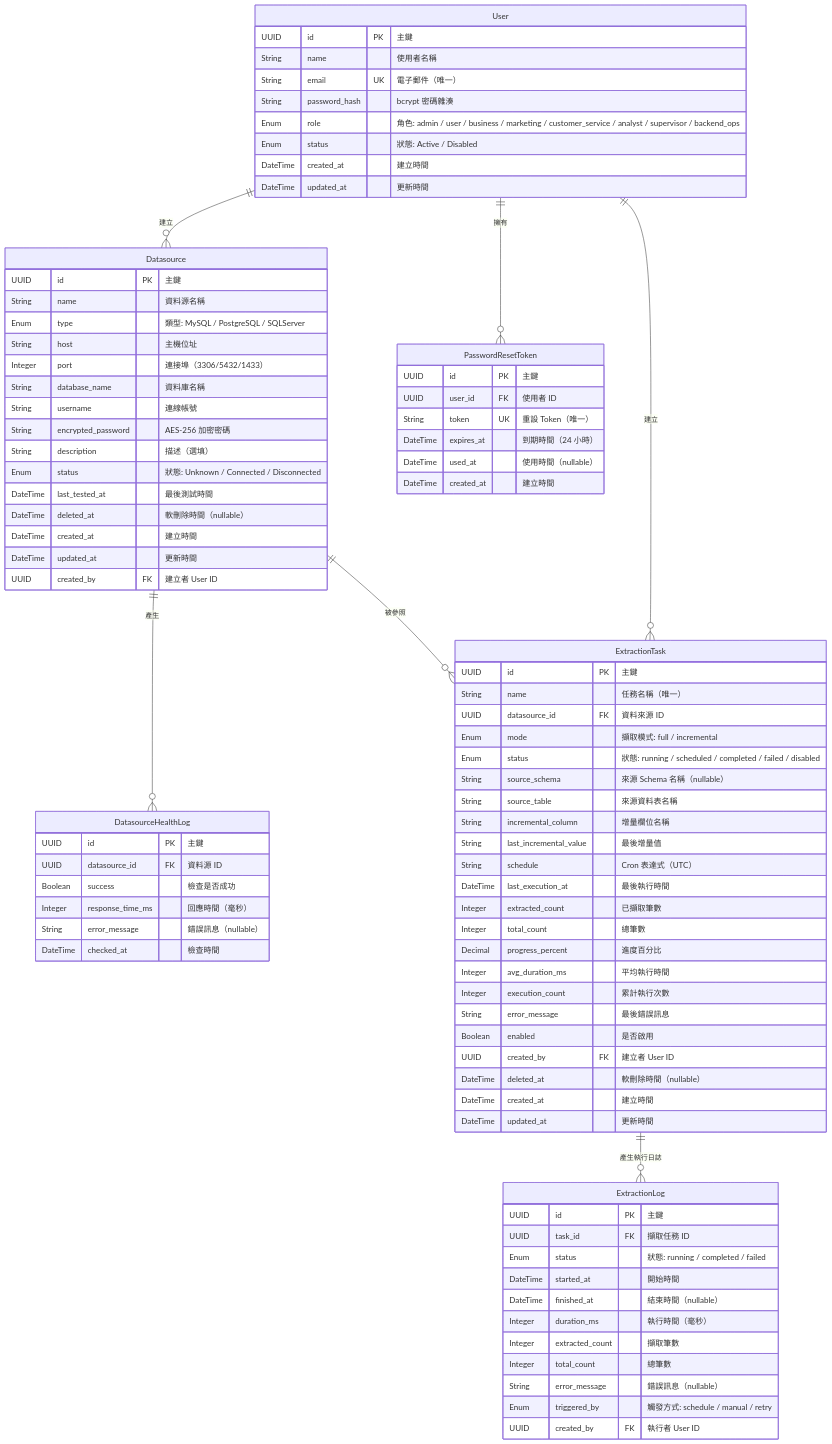
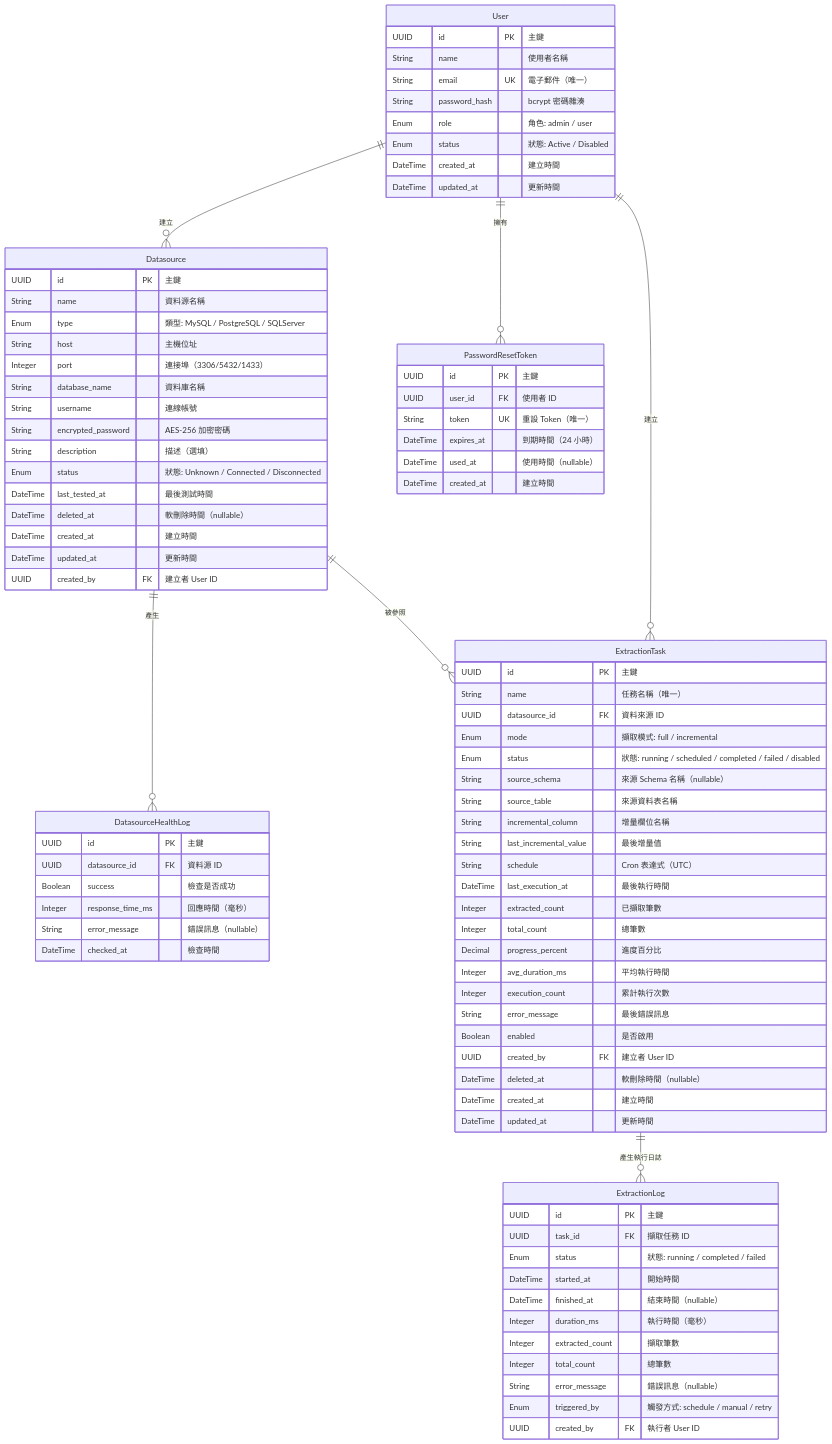
Before and after one commit to wisewhalesoft/cdmp-mvp: the diagram in docs/specs/diagrams/er-diagram.md, drawn with Mermaid. The commit also changed other lines of this file and 16 other files, not shown here.

First line of the commit message:
docs(spec): 全面更新 spec 與架構文件角色定義為 Admin/User

```diff
--- a/docs/specs/diagrams/er-diagram.md
+++ b/docs/specs/diagrams/er-diagram.md
@@ -17,7 +17,7 @@
         String name "使用者名稱"
         String email UK "電子郵件（唯一）"
         String password_hash "bcrypt 密碼雜湊"
-        Enum role "角色: admin / user / business / marketing / customer_service / analyst / supervisor / backend_ops"
+        Enum role "角色: admin / user"
         Enum status "狀態: Active / Disabled"
         DateTime created_at "建立時間"
         DateTime updated_at "更新時間"
```
